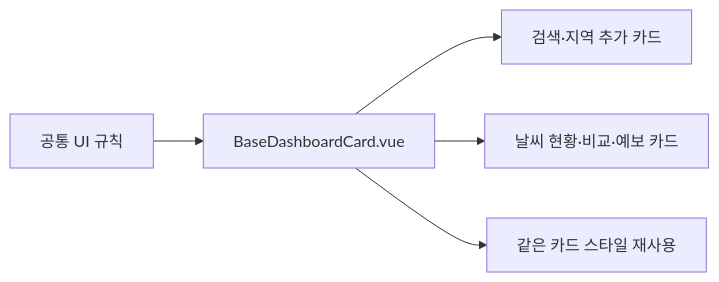
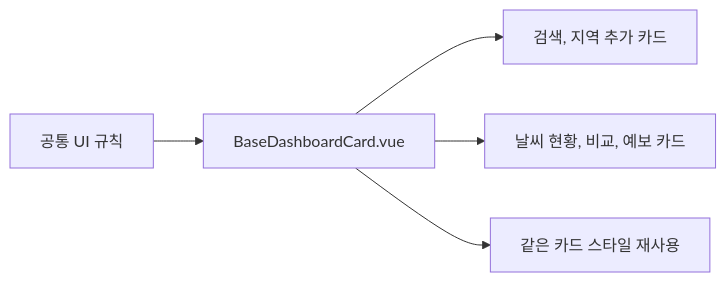
Before and after one commit to minnong511/skala-vue: the fifth of 6 diagrams in README.md, drawn with Mermaid.

````diff
--- a/README.md
+++ b/README.md
@@ -228,8 +228,8 @@
 ```mermaid
 flowchart LR
     COMMON[공통 UI 규칙]
     COMMON --> BASE[BaseDashboardCard.vue]
-    BASE --> SEARCH_CARD[검색·지역 추가 카드]
-    BASE --> WEATHER_CARD[날씨 현황·비교·예보 카드]
+    BASE --> SEARCH_CARD[검색, 지역 추가 카드]
+    BASE --> WEATHER_CARD[날씨 현황, 비교, 예보 카드]
     BASE --> REUSE[같은 카드 스타일 재사용]
 ```
````
